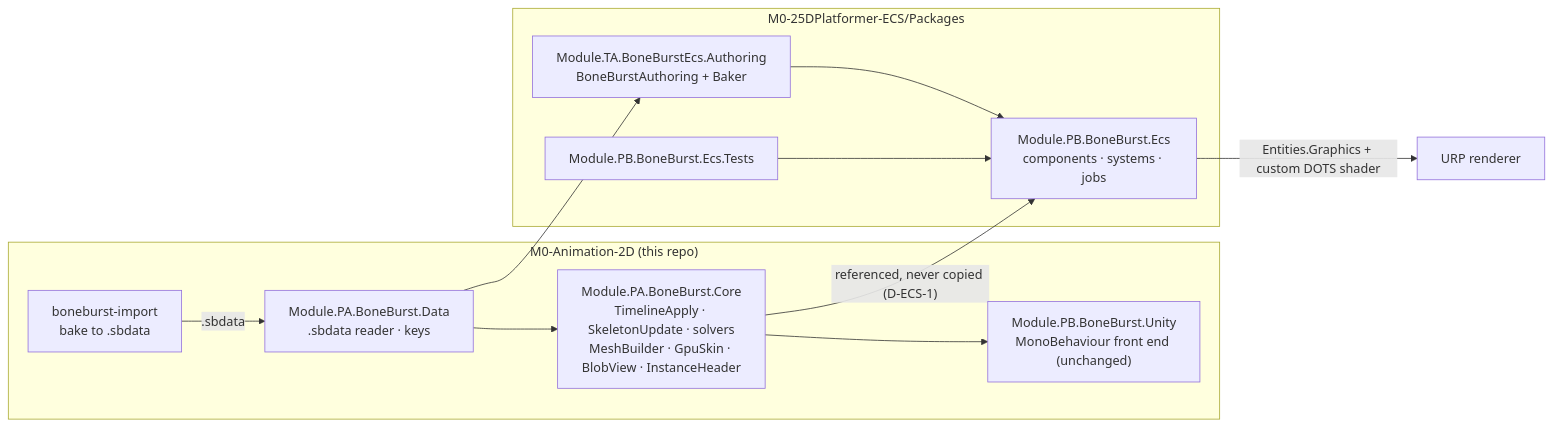
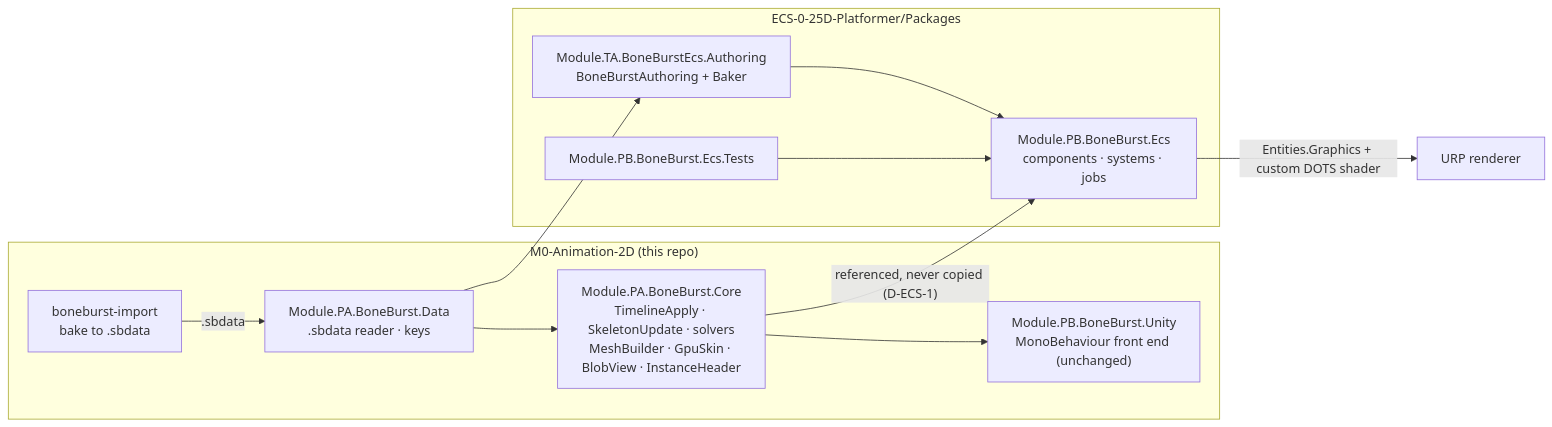
One commit to 12pnp/M0-Animation-2D changed the first of 11 diagrams in Packages/com.module.ta-creator-boneburst/Doc/Review/BoneBurst-ECS-Plan.md. Above: the diagram before and after it, drawn with Mermaid. The commit also changed other lines of this file and 7 other files, not shown here.

Commit message:
ECS project moved to ECS-0-25D-Platformer: paths updated; P15 baseline redone at 720p

````diff
--- a/Packages/com.module.ta-creator-boneburst/Doc/Review/BoneBurst-ECS-Plan.md
+++ b/Packages/com.module.ta-creator-boneburst/Doc/Review/BoneBurst-ECS-Plan.md
@@ -7,21 +7,21 @@
 ```mermaid
 flowchart LR
     subgraph HERE["M0-Animation-2D (this repo)"]
         DATA["Module.PA.BoneBurst.Data<br/>.sbdata reader · keys"]
         CORE["Module.PA.BoneBurst.Core<br/>TimelineApply · SkeletonUpdate · solvers<br/>MeshBuilder · GpuSkin · BlobView · InstanceHeader"]
         UNITY["Module.PB.BoneBurst.Unity<br/>MonoBehaviour front end (unchanged)"]
         IMPORT["boneburst-import<br/>bake to .sbdata"]
         DATA --> CORE --> UNITY
         IMPORT -->|".sbdata"| DATA
     end
-    subgraph NEW["M0-25DPlatformer-ECS/Packages"]
+    subgraph NEW["ECS-0-25D-Platformer/Packages"]
         ECS["Module.PB.BoneBurst.Ecs<br/>components · systems · jobs"]
         AUTH["Module.TA.BoneBurstEcs.Authoring<br/>BoneBurstAuthoring + Baker"]
         TESTS["Module.PB.BoneBurst.Ecs.Tests"]
         AUTH --> ECS
         TESTS --> ECS
     end
     CORE -->|"referenced, never copied (D-ECS-1)"| ECS
     DATA --> AUTH
     ECS -->|"Entities.Graphics + custom DOTS shader"| GFX["URP renderer"]
 ```
````
